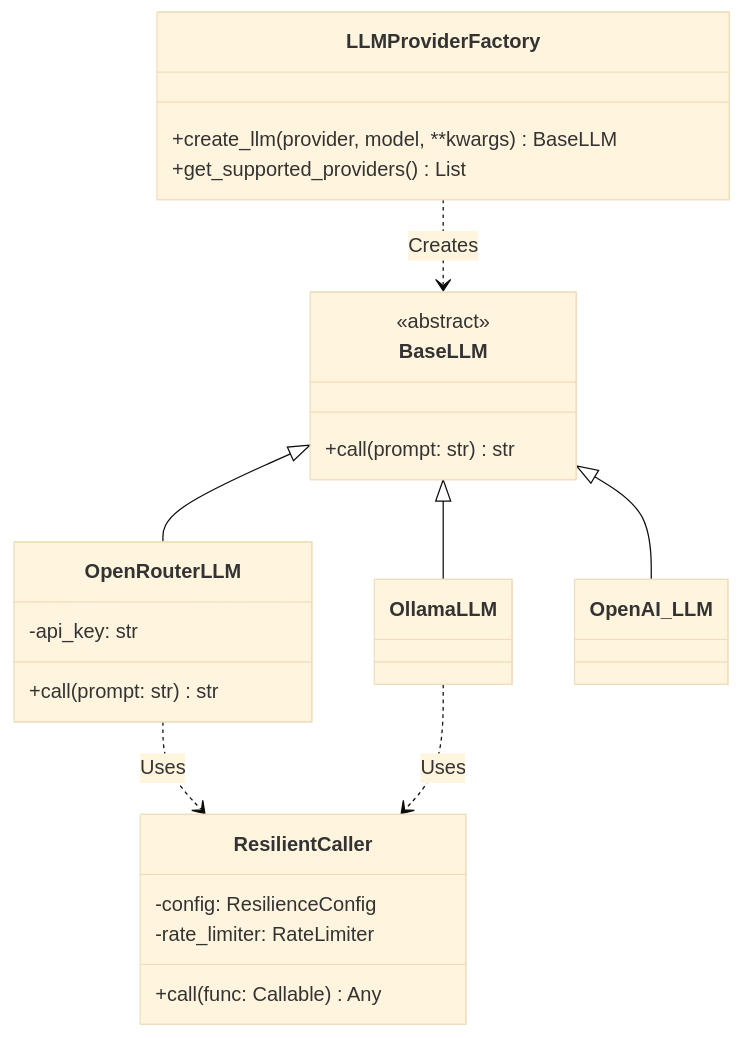
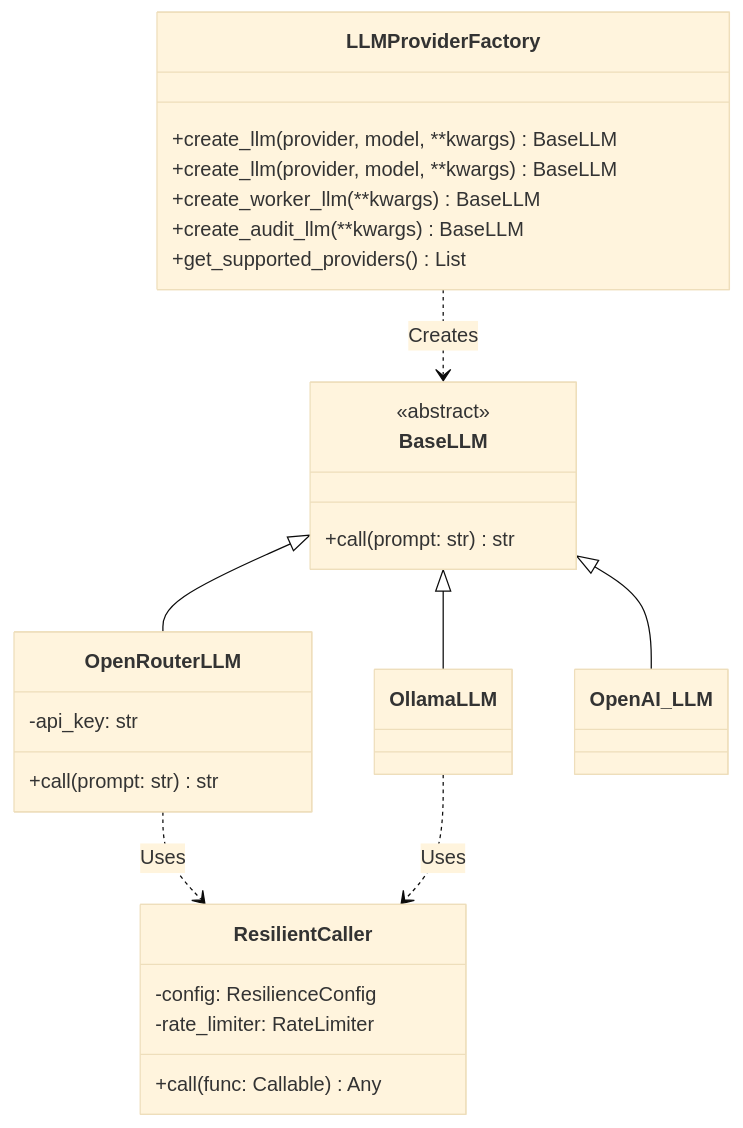
Before and after one commit to dagornc/Autologic: the first of 2 diagrams in Doc/ARCHITECTURE.md, drawn with Mermaid (base theme). The commit also changed other lines of this file and 37 other files, not shown here.

````diff
--- a/Doc/ARCHITECTURE.md
+++ b/Doc/ARCHITECTURE.md
@@ -55,30 +55,33 @@
 ```mermaid
 classDiagram
     class LLMProviderFactory {
         +create_llm(provider, model, **kwargs) BaseLLM
+        +create_llm(provider, model, **kwargs) BaseLLM
+        +create_worker_llm(**kwargs) BaseLLM
+        +create_audit_llm(**kwargs) BaseLLM
         +get_supported_providers() List
     }
 
     class BaseLLM {
         <<abstract>>
         +call(prompt: str) str
     }
     
     class OpenRouterLLM {
         -api_key: str
         +call(prompt: str) str
     }
 
     class ResilientCaller {
         -config: ResilienceConfig
         -rate_limiter: RateLimiter
         +call(func: Callable) Any
     }
 
     LLMProviderFactory ..> BaseLLM : Creates
     BaseLLM <|-- OpenRouterLLM
     BaseLLM <|-- OllamaLLM
     BaseLLM <|-- OpenAI_LLM
     OpenRouterLLM ..> ResilientCaller : Uses
     OllamaLLM ..> ResilientCaller : Uses
 ```
````
